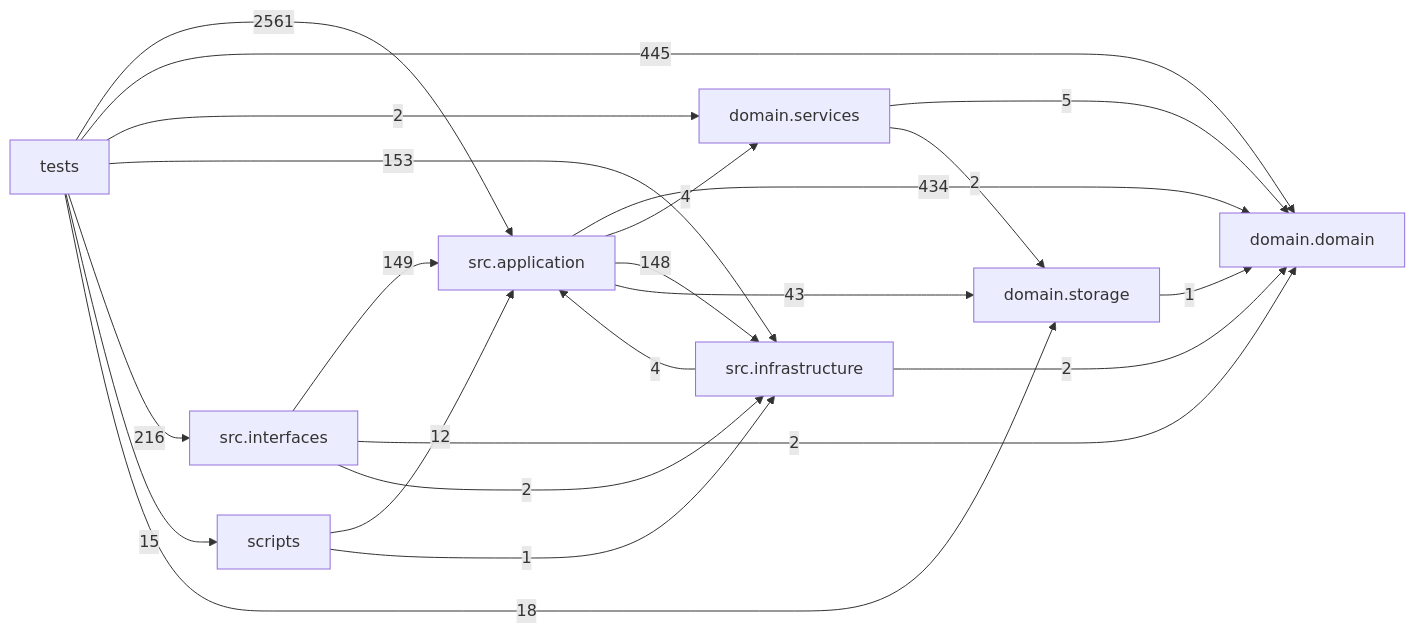
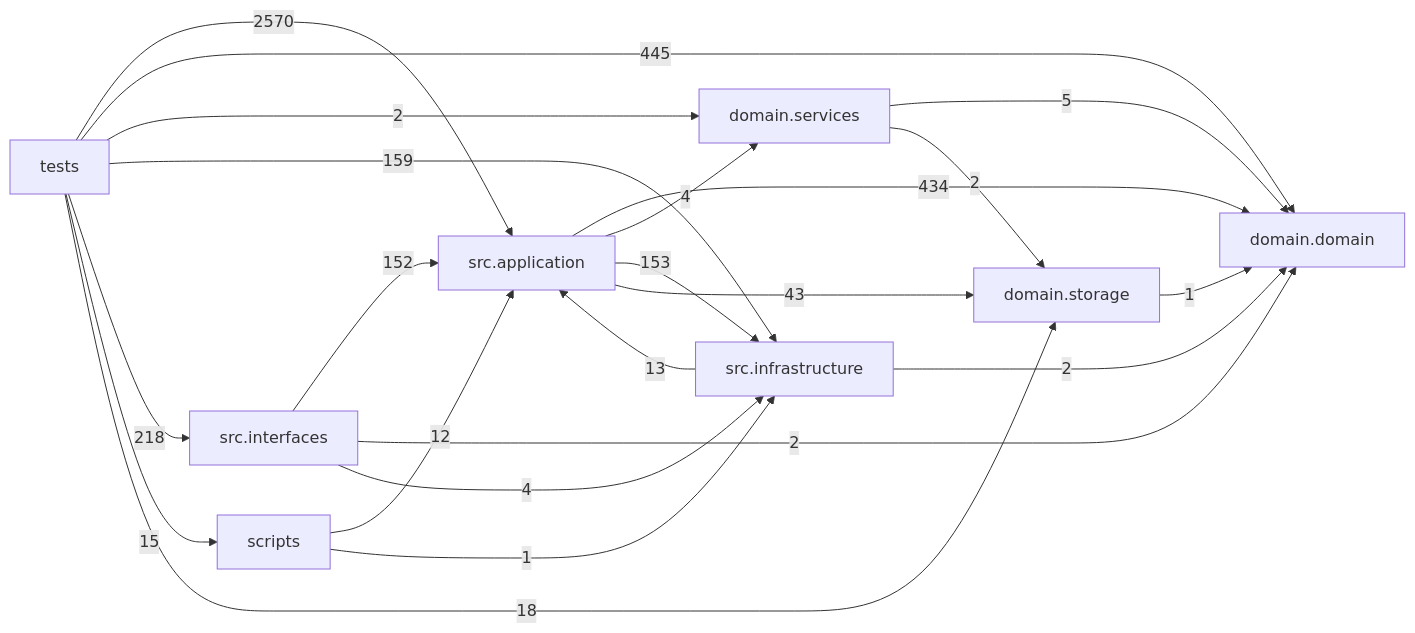
One commit to liuxie066/options-monitor changed the diagram in docs/DEPENDENCY_GRAPH.md. Above: the diagram before and after it, drawn with Mermaid. The commit also changed other lines of this file and 58 other files, not shown here.

````diff
--- a/docs/DEPENDENCY_GRAPH.md
+++ b/docs/DEPENDENCY_GRAPH.md
@@ -24,32 +24,32 @@
 ```mermaid
 flowchart LR
   tests["tests"]
   scripts["scripts"]
   interfaces["src.interfaces"]
   application["src.application"]
   infrastructure["src.infrastructure"]
   domain_services["domain.services"]
   domain["domain.domain"]
   storage["domain.storage"]
   application -->|434| domain
   application -->|4| domain_services
-  application -->|148| infrastructure
+  application -->|153| infrastructure
   application -->|43| storage
   domain_services -->|5| domain
   domain_services -->|2| storage
-  infrastructure -->|4| application
+  infrastructure -->|13| application
   infrastructure -->|2| domain
-  interfaces -->|149| application
+  interfaces -->|152| application
   interfaces -->|2| domain
-  interfaces -->|2| infrastructure
+  interfaces -->|4| infrastructure
   scripts -->|12| application
   scripts -->|1| infrastructure
   storage -->|1| domain
-  tests -->|2561| application
+  tests -->|2570| application
   tests -->|445| domain
   tests -->|2| domain_services
-  tests -->|153| infrastructure
-  tests -->|216| interfaces
+  tests -->|159| infrastructure
+  tests -->|218| interfaces
   tests -->|15| scripts
   tests -->|18| storage
 ```
````
